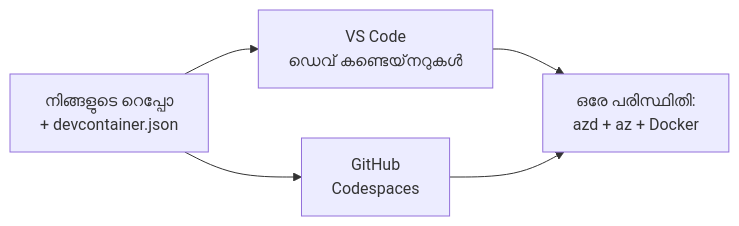
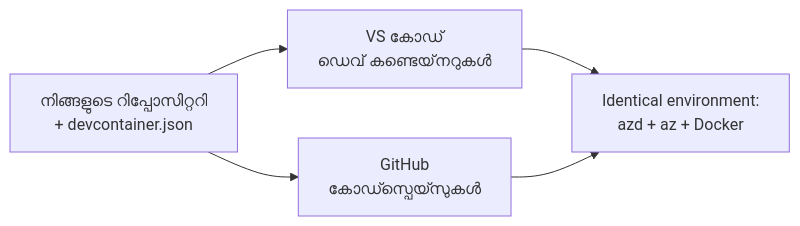
The diagram in translations/ml/docs/chapter-01-foundation/dev-containers.md (microsoft/AZD-for-beginners), drawn with Mermaid before and after one commit. The commit also changed other lines of this file and 59 other files, not shown here.

````diff
--- a/translations/ml/docs/chapter-01-foundation/dev-containers.md
+++ b/translations/ml/docs/chapter-01-foundation/dev-containers.md
@@ -41,7 +41,7 @@
 ```mermaid
 graph LR
-    Repo[നിങ്ങളുടെ റെപ്പോ<br/>+ devcontainer.json] --> VSCode[VS Code<br/>ഡെവ് കണ്ടെയ്‌നറുകൾ]
-    Repo --> Codespaces[GitHub<br/>Codespaces]
-    VSCode --> Env[ഒരേ പരിസ്ഥിതി:<br/>azd + az + Docker]
+    Repo[നിങ്ങളുടെ റിപ്പോസിറ്ററി<br/>+ devcontainer.json] --> VSCode[VS കോഡ്<br/>ഡെവ് കണ്ടെയ്‌നറുകൾ]
+    Repo --> Codespaces[GitHub<br/>കോഡ്സ്പെയ്സുകൾ]
+    VSCode --> Env[Identical environment:<br/>azd + az + Docker]
     Codespaces --> Env
 ```
````
